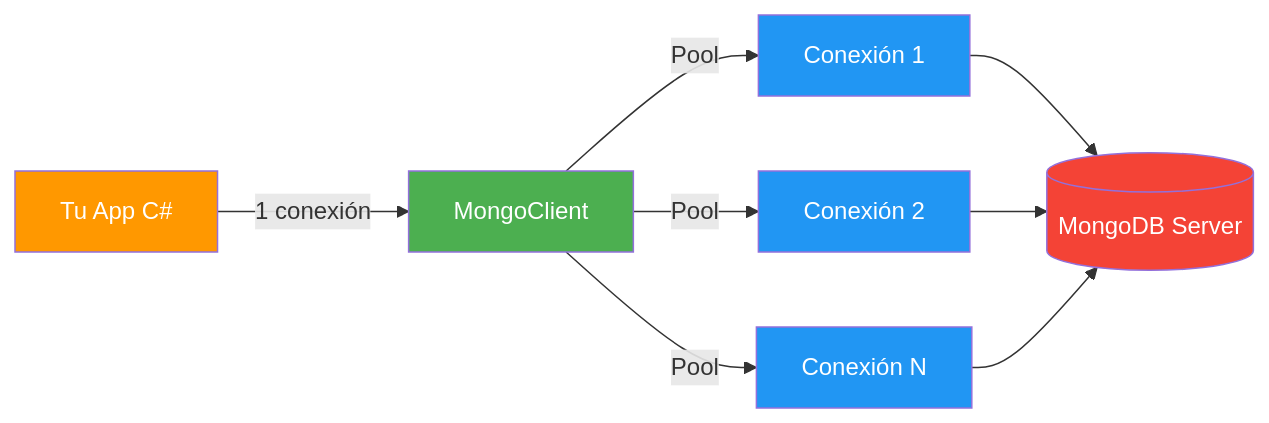
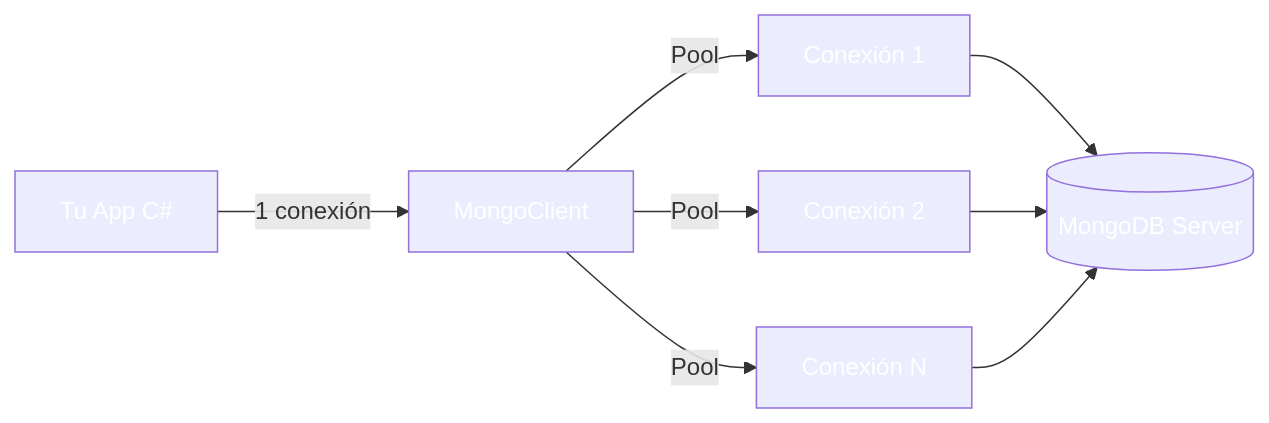
One commit to joseluisgs/DesarrolloWebEntornosServidor-02-2026-2027 changed the fourth of 8 diagrams in 13-mongodb.md. Above: the diagram before and after it, drawn with Mermaid. The commit also changed other lines of this file and 41 other files, not shown here.

````diff
--- a/13-mongodb.md
+++ b/13-mongodb.md
@@ -397,17 +397,17 @@
 ```mermaid
 graph LR
     APP[Tu App C#] -->|1 conexión| MC[MongoClient]
     MC -->|Pool| P1[Conexión 1]
     MC -->|Pool| P2[Conexión 2]
     MC -->|Pool| PN[Conexión N]
     P1 --> DB[(MongoDB Server)]
     P2 --> DB
     PN --> DB
 
-    style APP fill:#FF9800,color:#fff
-    style MC fill:#4CAF50,color:#fff
-    style P1 fill:#2196F3,color:#fff
-    style P2 fill:#2196F3,color:#fff
-    style PN fill:#2196F3,color:#fff
-    style DB fill:#f44336,color:#fff
+    style APP fill:#FF980,color:#fff0,color:#fff
+    style MC fill:#4CAF5,color:#fff0,color:#fff
+    style P1 fill:#2196F,color:#fff3,color:#fff
+    style P2 fill:#2196F,color:#fff3,color:#fff
+    style PN fill:#2196F,color:#fff3,color:#fff
+    style DB fill:#f4433,color:#fff6,color:#fff
 ```
````
